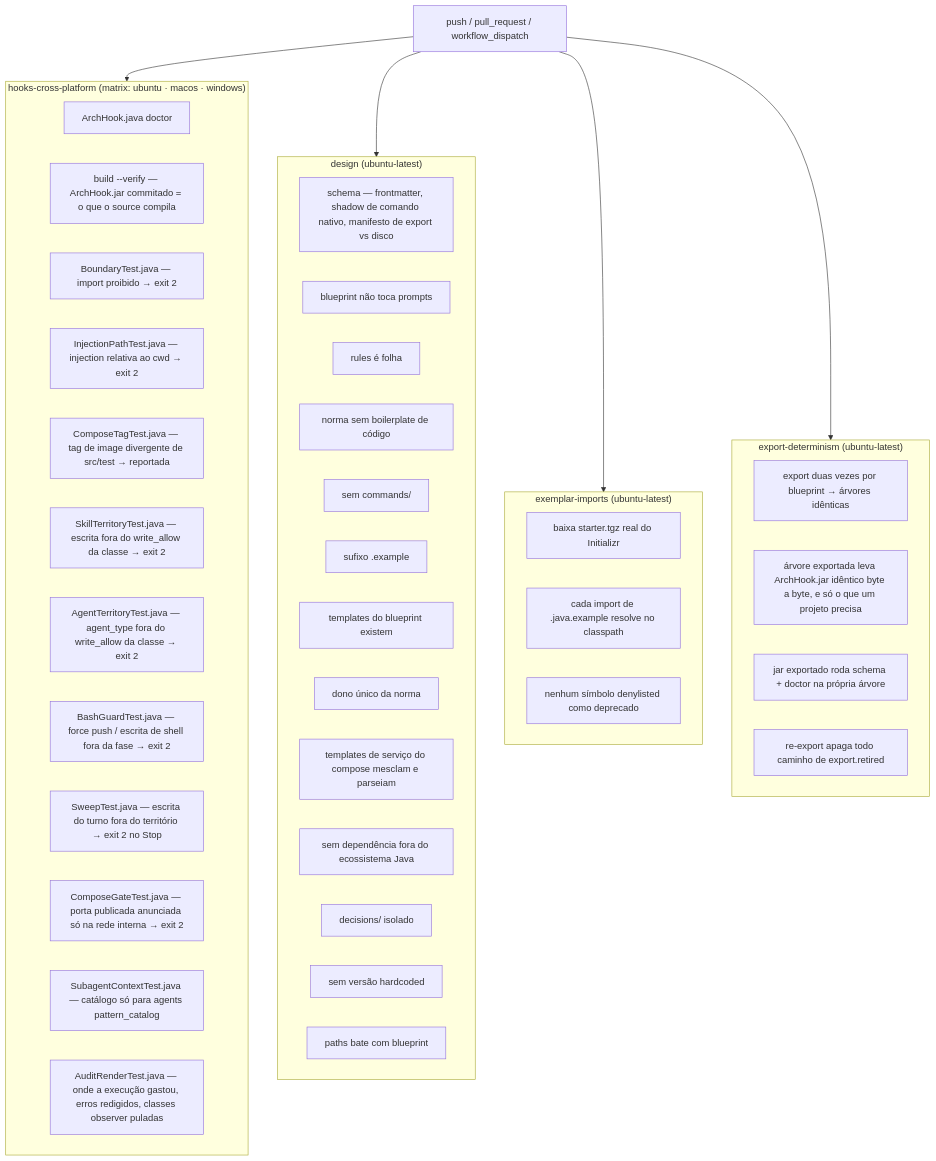
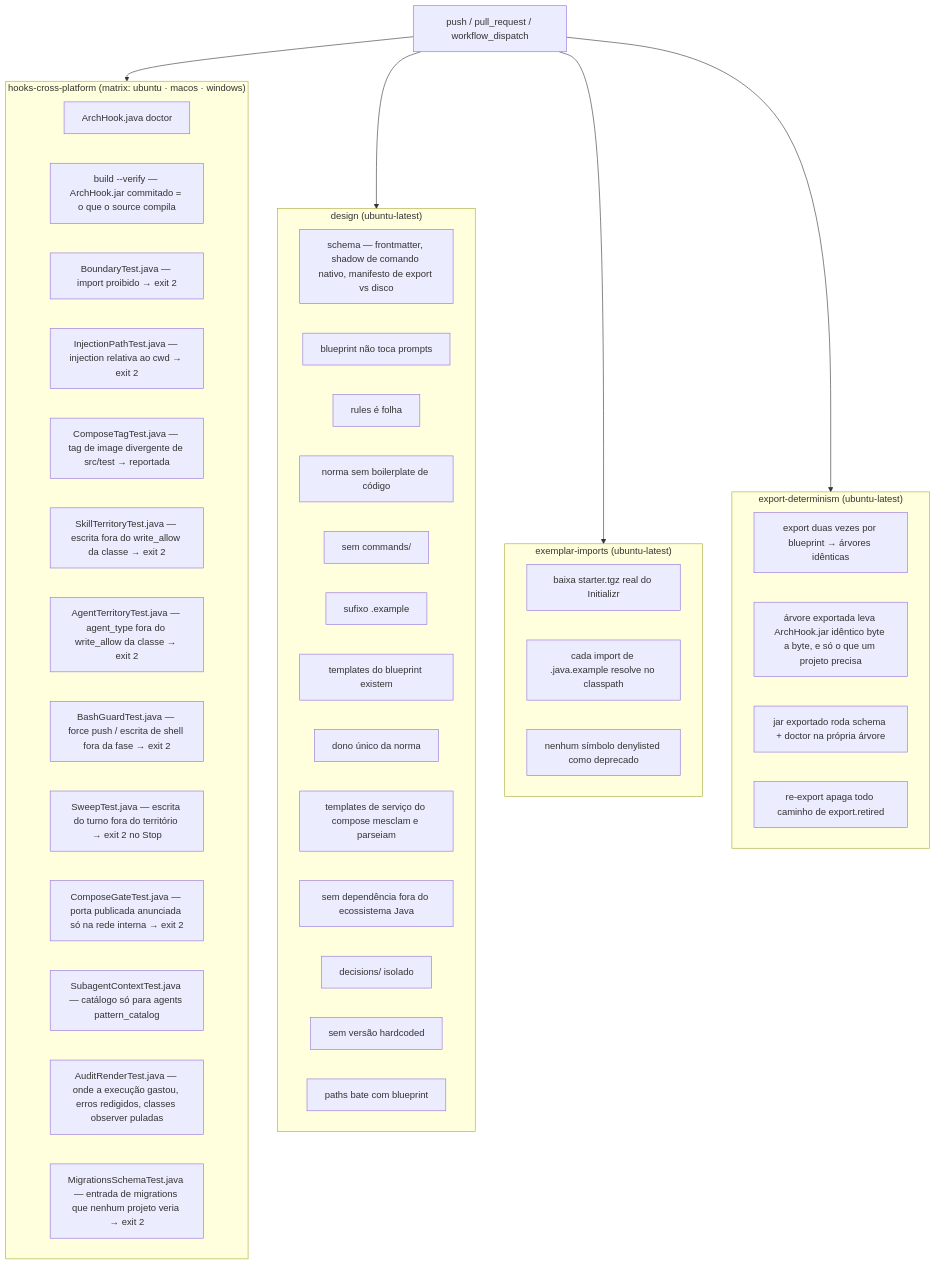
The diagram in docs/pt-br/07-ci-validate.md (ice-lfernandes/claude-spring-architect), drawn with Mermaid before and after one commit. The commit also changed other lines of this file and 50 other files, not shown here.

````diff
--- a/docs/pt-br/07-ci-validate.md
+++ b/docs/pt-br/07-ci-validate.md
@@ -17,51 +17,52 @@
 ```mermaid
 flowchart TD
     T[push / pull_request / workflow_dispatch] --> J1
     T --> J2
     T --> J3
     T --> J4
 
     subgraph J1["hooks-cross-platform (matrix: ubuntu · macos · windows)"]
         H1[ArchHook.java doctor]
         H0[build --verify — ArchHook.jar commitado = o que o source compila]
         H2[BoundaryTest.java — import proibido → exit 2]
         H3[InjectionPathTest.java — injection relativa ao cwd → exit 2]
         H4[ComposeTagTest.java — tag de image divergente de src/test → reportada]
         H5[SkillTerritoryTest.java — escrita fora do write_allow da classe → exit 2]
         H6[AgentTerritoryTest.java — agent_type fora do write_allow da classe → exit 2]
         H7[BashGuardTest.java — force push / escrita de shell fora da fase → exit 2]
         H8[SweepTest.java — escrita do turno fora do território → exit 2 no Stop]
         H9[ComposeGateTest.java — porta publicada anunciada só na rede interna → exit 2]
         H10[SubagentContextTest.java — catálogo só para agents pattern_catalog]
         H11[AuditRenderTest.java — onde a execução gastou, erros redigidos, classes observer puladas]
+        H12[MigrationsSchemaTest.java — entrada de migrations que nenhum projeto veria → exit 2]
     end
 
     subgraph J2["design (ubuntu-latest)"]
         D1[schema — frontmatter, shadow de comando nativo, manifesto de export vs disco]
         D4[blueprint não toca prompts]
         D5[rules é folha]
         D6[norma sem boilerplate de código]
         D7[sem commands/]
         D8[sufixo .example]
         D9[templates do blueprint existem]
         D10[dono único da norma]
         D15[templates de serviço do compose mesclam e parseiam]
         D11[sem dependência fora do ecossistema Java]
         D12[decisions/ isolado]
         D13[sem versão hardcoded]
         D14[paths bate com blueprint]
     end
 
     subgraph J3["exemplar-imports (ubuntu-latest)"]
         E1[baixa starter.tgz real do Initializr]
         E2[cada import de .java.example resolve no classpath]
         E3[nenhum símbolo denylisted como deprecado]
     end
 
     subgraph J4["export-determinism (ubuntu-latest)"]
         X1[export duas vezes por blueprint → árvores idênticas]
         X2[árvore exportada leva ArchHook.jar idêntico byte a byte, e só o que um projeto precisa]
         X3[jar exportado roda schema + doctor na própria árvore]
         X4[re-export apaga todo caminho de export.retired]
     end
 ```
````
